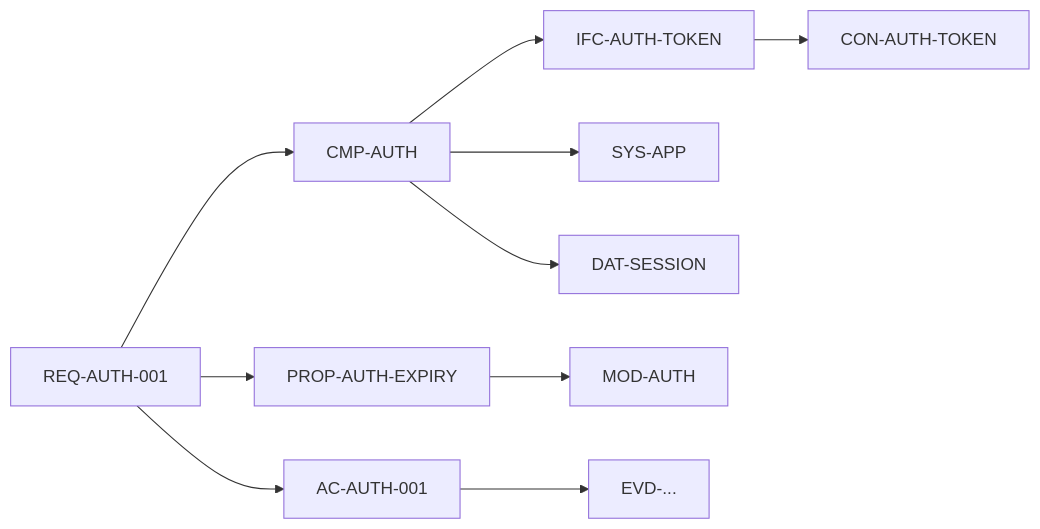
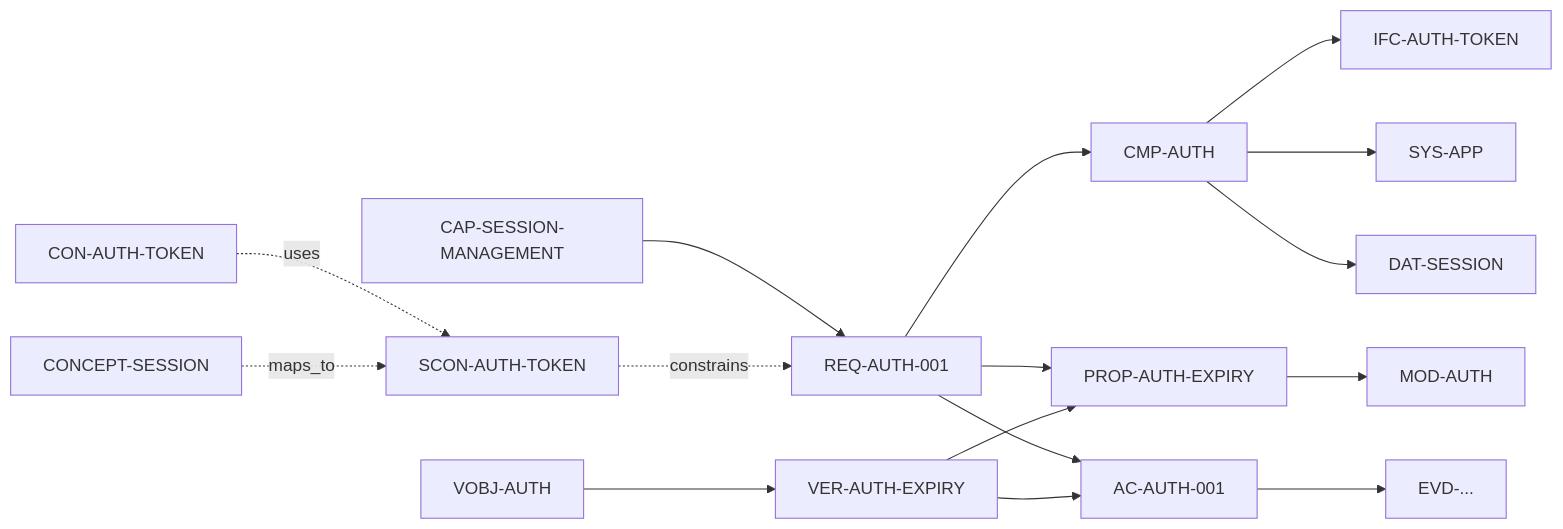
Before and after one commit to joaosimsic/spec-framework: the second of 2 diagrams in docs/architecture/overview.md, drawn with Mermaid. The commit also changed other lines of this file and 40 other files, not shown here.

````diff
--- a/docs/architecture/overview.md
+++ b/docs/architecture/overview.md
@@ -68,12 +88,18 @@
 ```mermaid
 flowchart LR
-    REQ[REQ-AUTH-001] --> CMP[CMP-AUTH]
+    CAP[CAP-SESSION-MANAGEMENT] --> REQ[REQ-AUTH-001]
+    REQ --> CMP[CMP-AUTH]
     CMP --> IFC[IFC-AUTH-TOKEN]
     REQ --> PROP[PROP-AUTH-EXPIRY]
     PROP --> MOD[MOD-AUTH]
-    IFC --> CON[CON-AUTH-TOKEN]
+    CON[CON-AUTH-TOKEN] -.->|uses| SCON[SCON-AUTH-TOKEN]
+    SCON -.->|constrains| REQ
     REQ --> AC[AC-AUTH-001]
+    VOBJ[VOBJ-AUTH] --> VER[VER-AUTH-EXPIRY]
+    VER --> PROP
+    VER --> AC
     AC --> EVD[EVD-...]
     CMP --> SYS[SYS-APP]
     CMP --> DAT[DAT-SESSION]
+    CONCEPT[CONCEPT-SESSION] -.->|maps_to| SCON
 ```
````
